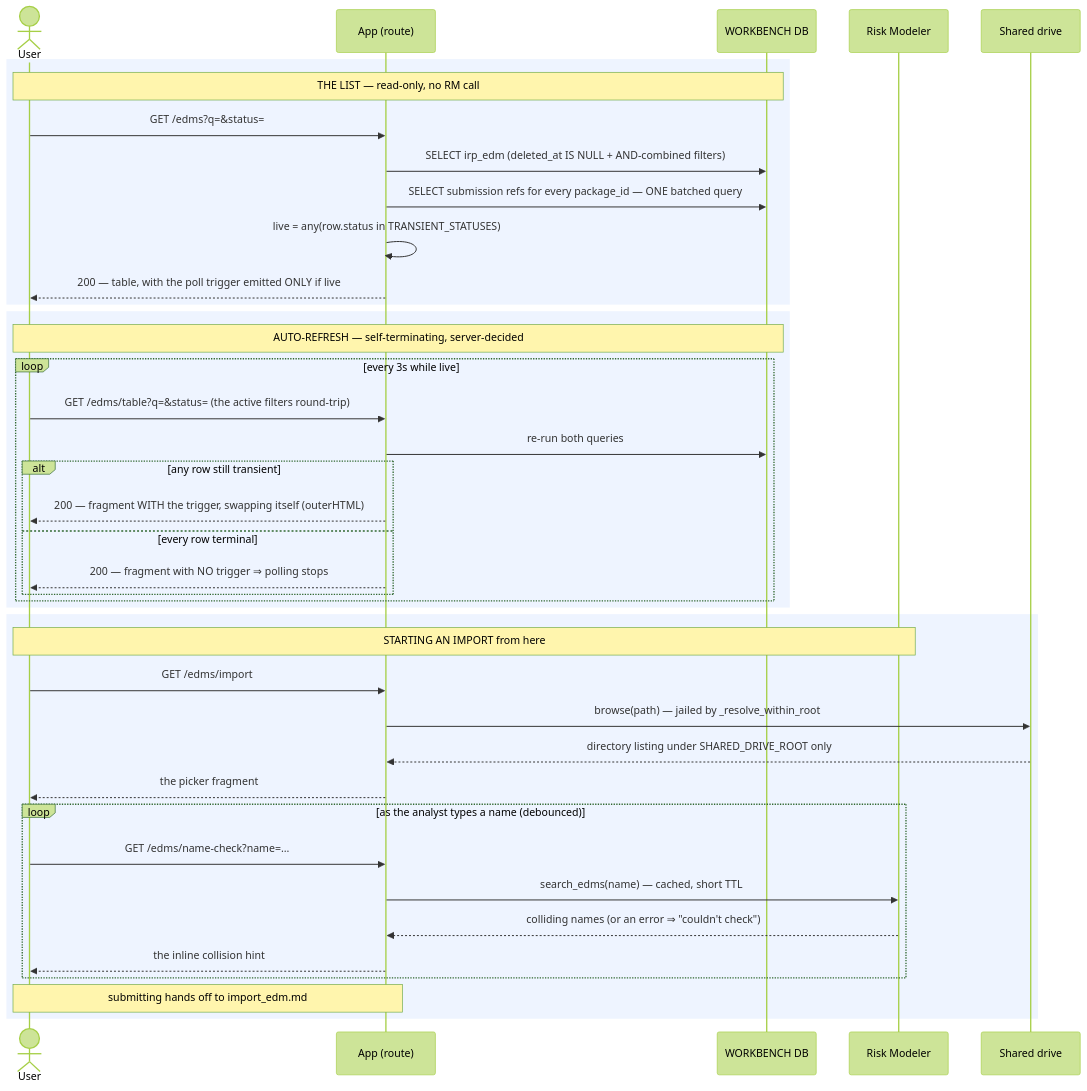
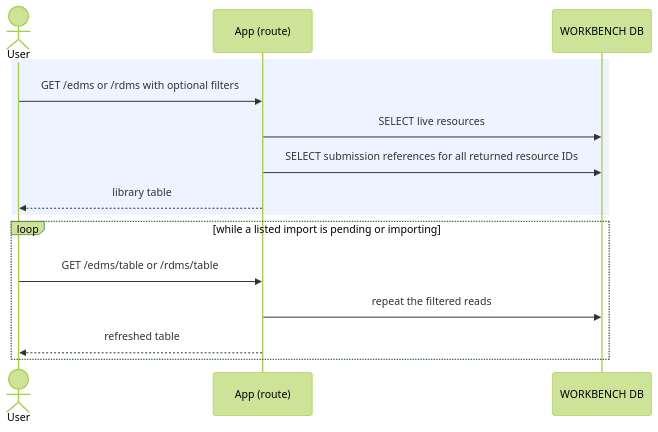
One commit to anilvenugopal/risk-workbench changed the diagram in docs/sequence_diagrams/entities/browse_libraries.md. Above: the diagram before and after it, drawn with Mermaid (forest theme). The commit also changed other lines of this file and 22 other files, not shown here.

````diff
--- a/docs/sequence_diagrams/entities/browse_libraries.md
+++ b/docs/sequence_diagrams/entities/browse_libraries.md
@@ -36,45 +19,19 @@
 ```mermaid
 sequenceDiagram
     actor User
     participant App as App (route)
     participant DB as WORKBENCH DB
-    participant RM as Risk Modeler
-    participant FS as Shared drive
 
     rect rgb(238,244,255)
-        Note over User,DB: THE LIST — read-only, no RM call
-        User->>App: GET /edms?q=&status=
-        App->>DB: SELECT irp_edm (deleted_at IS NULL + AND-combined filters)
-        App->>DB: SELECT submission refs for every package_id — ONE batched query
-        App->>App: live = any(row.status in TRANSIENT_STATUSES)
-        App-->>User: 200 — table, with the poll trigger emitted ONLY if live
+        User->>App: GET /edms or /rdms with optional filters
+        App->>DB: SELECT live resources
+        App->>DB: SELECT submission references for all returned resource IDs
+        App-->>User: library table
     end
 
-    rect rgb(238,244,255)
-        Note over User,DB: AUTO-REFRESH — self-terminating, server-decided
-        loop every 3s while live
-            User->>App: GET /edms/table?q=&status=   (the active filters round-trip)
-            App->>DB: re-run both queries
-            alt any row still transient
-                App-->>User: 200 — fragment WITH the trigger, swapping itself (outerHTML)
-            else every row terminal
-                App-->>User: 200 — fragment with NO trigger ⇒ polling stops
-            end
-        end
-    end
-
-    rect rgb(238,244,255)
-        Note over User,RM: STARTING AN IMPORT from here
-        User->>App: GET /edms/import
-        App->>FS: browse(path) — jailed by _resolve_within_root
-        FS-->>App: directory listing under SHARED_DRIVE_ROOT only
-        App-->>User: the picker fragment
-        loop as the analyst types a name (debounced)
-            User->>App: GET /edms/name-check?name=…
-            App->>RM: search_edms(name) — cached, short TTL
-            RM-->>App: colliding names (or an error ⇒ "couldn't check")
-            App-->>User: the inline collision hint
-        end
-        Note over User,App: submitting hands off to import_edm.md
+    loop while a listed import is pending or importing
+        User->>App: GET /edms/table or /rdms/table
+        App->>DB: repeat the filtered reads
+        App-->>User: refreshed table
     end
 ```
````
